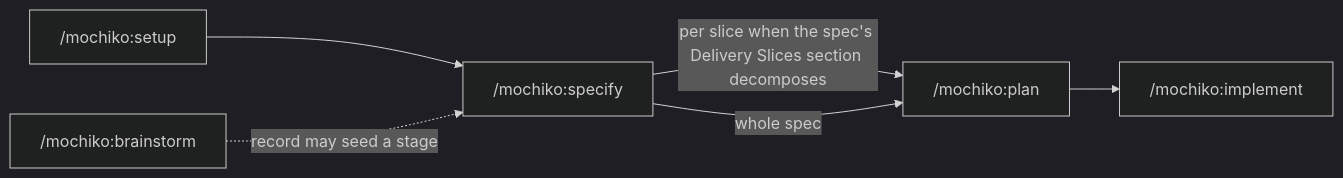
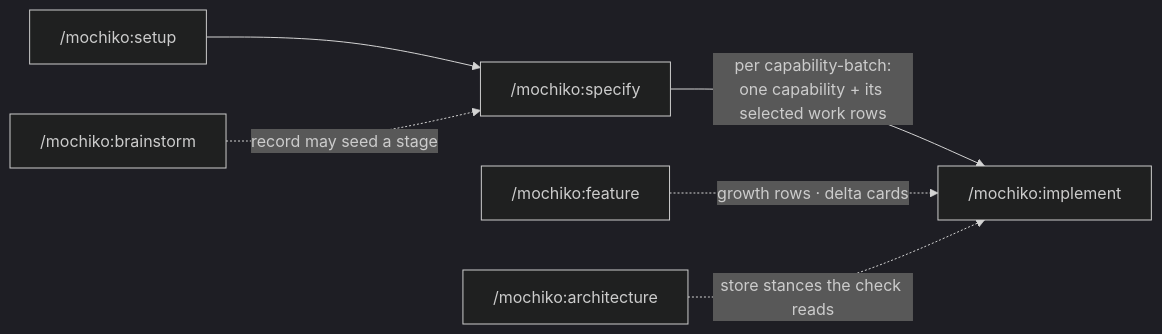
The second of 6 diagrams in ARCHITECTURE.md (humaninloop-dev/mochiko), drawn with Mermaid (dark theme) before and after one commit. The commit also changed other lines of this file and 104 other files, not shown here.

Commit message:
Plan retired; implement absorbs design phase behind sufficiency check (v0.91.0)

````diff
--- a/ARCHITECTURE.md
+++ b/ARCHITECTURE.md
@@ -39,8 +43,8 @@
 ```mermaid
 flowchart LR
   setup["/mochiko:setup"] --> specify["/mochiko:specify"]
-  specify -->|"per slice when the spec's Delivery Slices section decomposes"| plan["/mochiko:plan"]
-  specify -->|"whole spec"| plan
-  plan --> implement["/mochiko:implement"]
+  specify -->|"per capability-batch:<br/>one capability + its selected work rows"| implement["/mochiko:implement"]
   brainstorm["/mochiko:brainstorm"] -.->|"record may seed a stage"| specify
+  feature["/mochiko:feature"] -.->|"growth rows · delta cards"| implement
+  architecture["/mochiko:architecture"] -.->|"store stances the check reads"| implement
 ```
````
